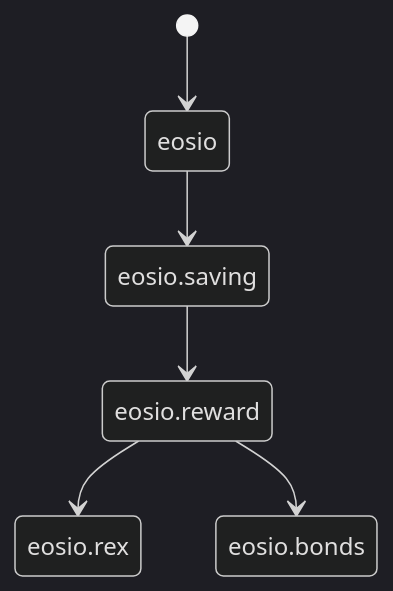
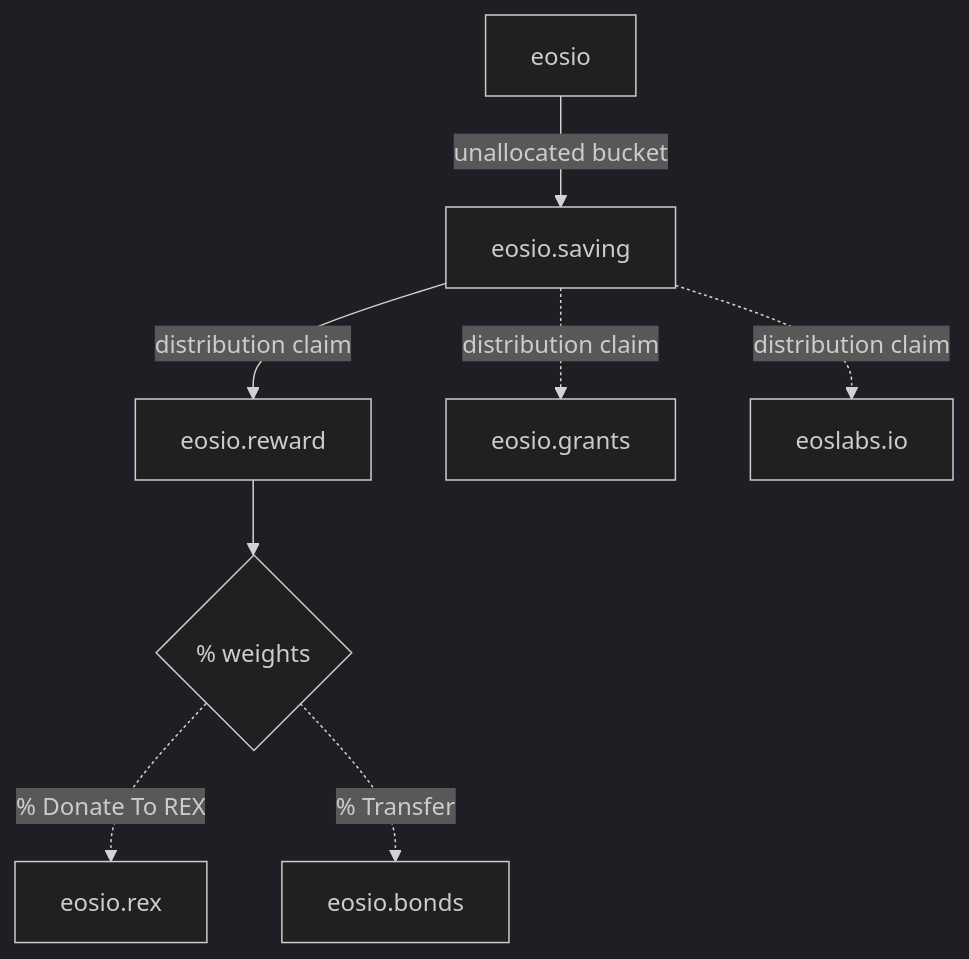
One commit to eosnetworkfoundation/eosio.reward changed the diagram in README.md. Above: the diagram before and after it, drawn with Mermaid (dark theme).

Commit message:
update diagram

````diff
--- a/README.md
+++ b/README.md
@@ -7,8 +7,10 @@
 ```mermaid
-stateDiagram-v2
-    [*] --> eosio
-    eosio --> eosio.saving
-    eosio.saving --> eosio.reward
-    eosio.reward --> eosio.rex
-    eosio.reward --> eosio.bonds
+graph TD
+    eosio --> |unallocated bucket| eosio.saving
+    eosio.saving --> |distribution claim| eosio.reward
+    eosio.saving -.-> |distribution claim| eosio.grants
+    eosio.saving -.-> |distribution claim| eoslabs.io
+    eosio.reward --> weights{% weights}
+    weights -.-> |% Donate To REX| eosio.rex
+    weights -.-> |% Transfer| eosio.bonds
 ```
````
